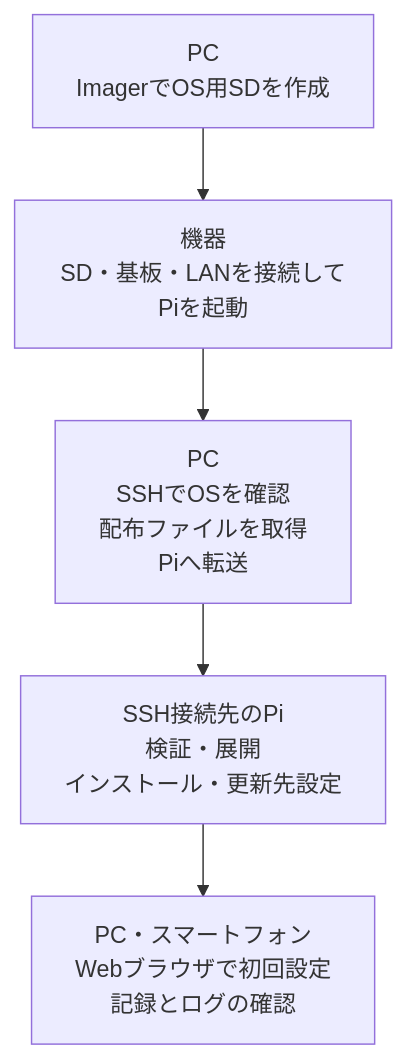
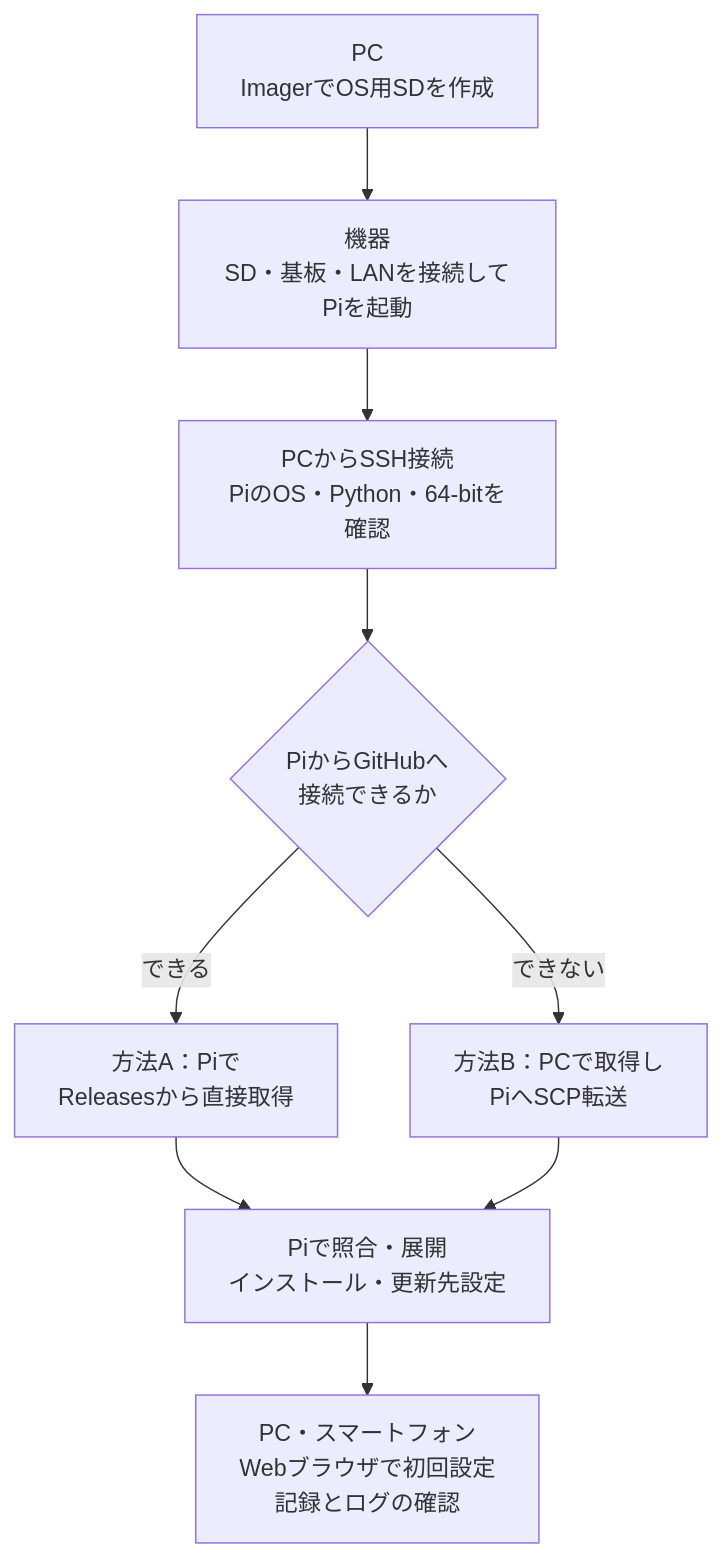
The diagram in docs/インストール説明書.md (raspikoubou/24v-event-logger-oss), drawn with Mermaid before and after one commit. The commit also changed other lines of this file, not shown here.

````diff
--- a/docs/インストール説明書.md
+++ b/docs/インストール説明書.md
@@ -17,7 +17,11 @@
 ```mermaid
 flowchart TB
     SD["PC<br/>ImagerでOS用SDを作成"] --> Boot["機器<br/>SD・基板・LANを接続してPiを起動"]
-    Boot --> Transfer["PC<br/>SSHでOSを確認<br/>配布ファイルを取得<br/>Piへ転送"]
-    Transfer --> Install["SSH接続先のPi<br/>検証・展開<br/>インストール・更新先設定"]
+    Boot --> SSH["PCからSSH接続<br/>PiのOS・Python・64-bitを確認"]
+    SSH --> Route{"PiからGitHubへ<br/>接続できるか"}
+    Route -->|できる| Direct["方法A：Piで<br/>Releasesから直接取得"]
+    Route -->|できない| Transfer["方法B：PCで取得し<br/>PiへSCP転送"]
+    Direct --> Install["Piで照合・展開<br/>インストール・更新先設定"]
+    Transfer --> Install
     Install --> Check["PC・スマートフォン<br/>Webブラウザで初回設定<br/>記録とログの確認"]
 ```
````
